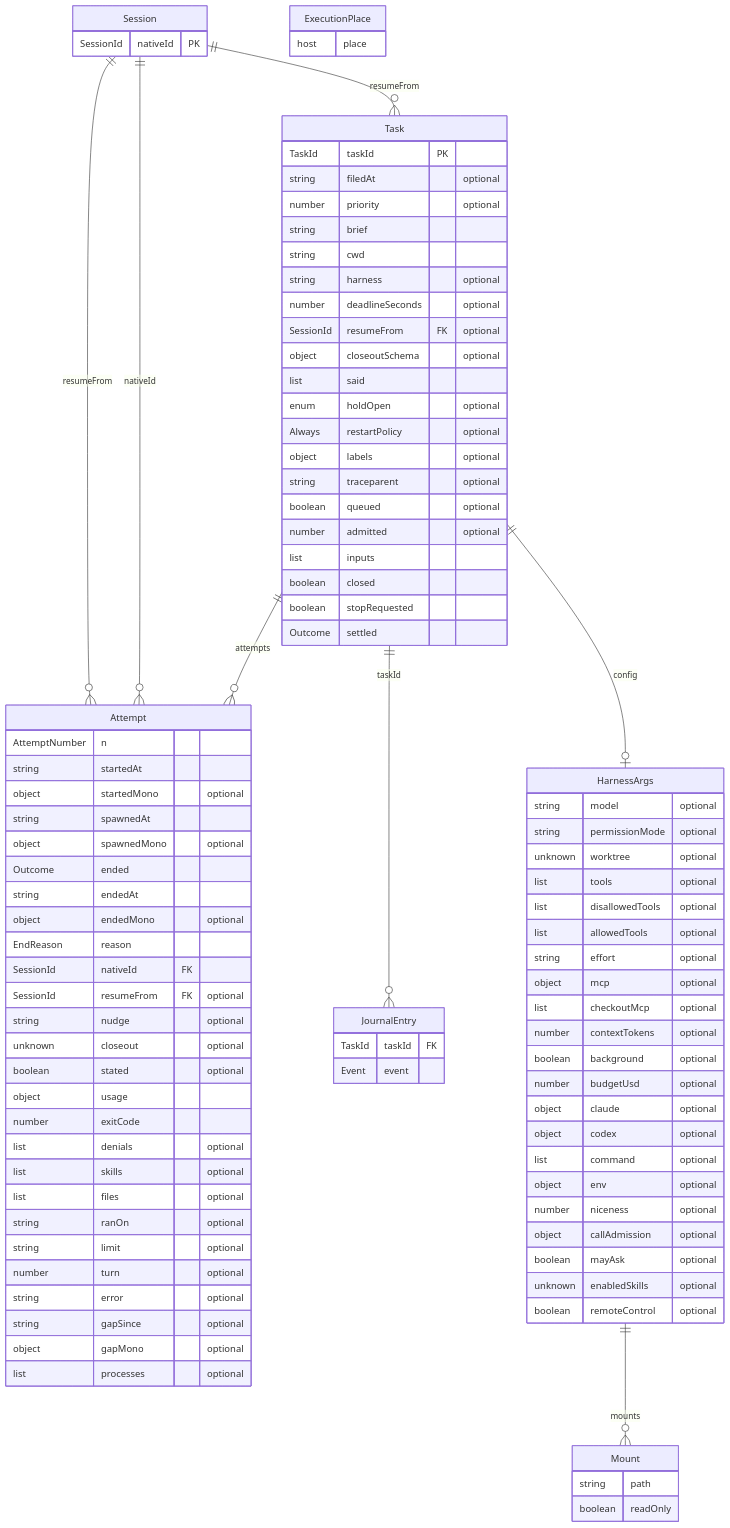
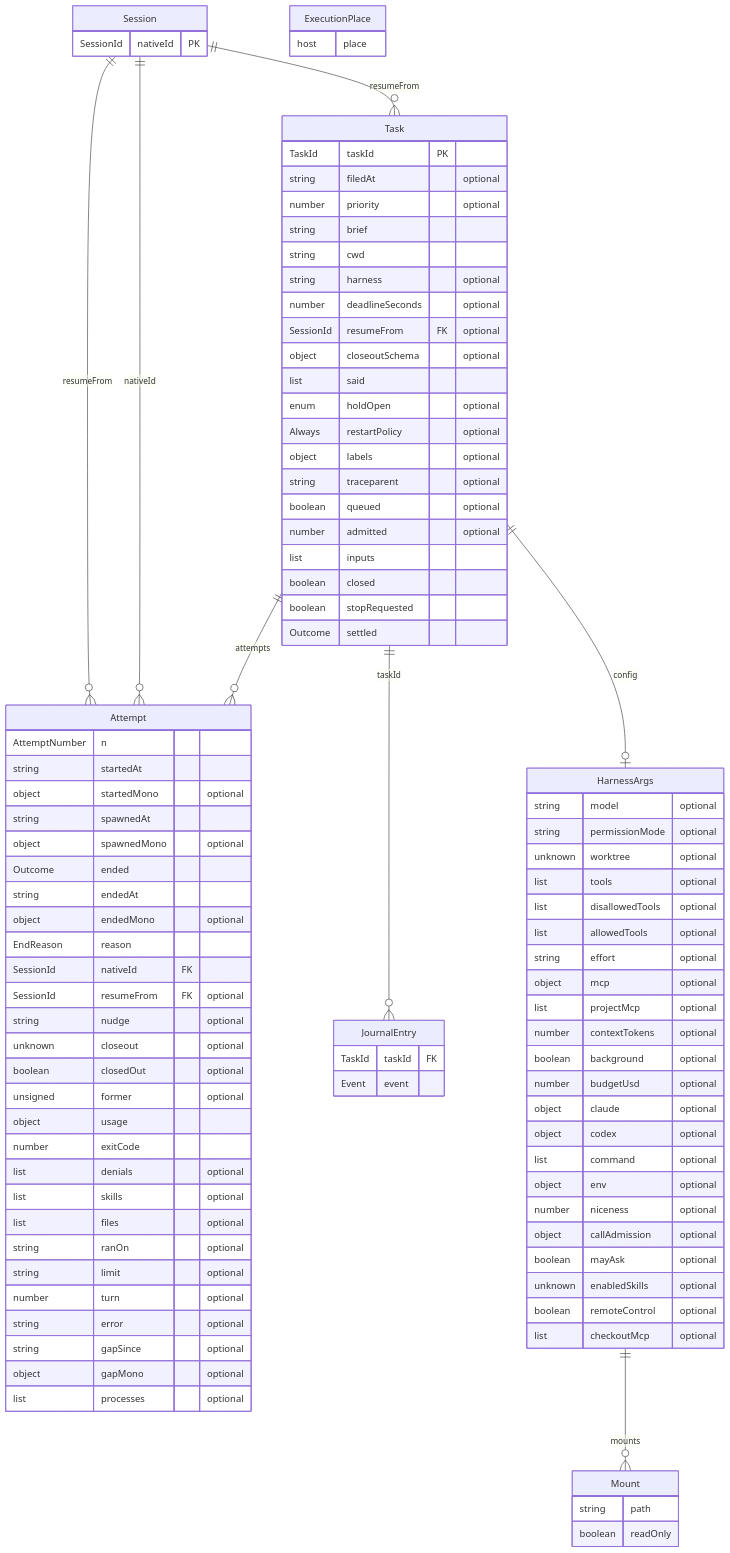
The diagram in packages/agent-runtime/docs/model.md (emyann/nemia), drawn with Mermaid before and after one commit. The commit also changed 3 other files, not shown here.

Commit message:
Follow the base's renames in the models: closedOut and former on an attempt, MissedStart in the inbox

```diff
--- a/packages/agent-runtime/docs/model.md
+++ b/packages/agent-runtime/docs/model.md
@@ -54,7 +54,8 @@
     SessionId resumeFrom FK "optional"
     string nudge "optional"
     unknown closeout "optional"
-    boolean stated "optional"
+    boolean closedOut "optional"
+    unsigned former "optional"
     object usage
     number exitCode
     list denials "optional"
@@ -84,7 +85,7 @@
     list allowedTools "optional"
     string effort "optional"
     object mcp "optional"
-    list checkoutMcp "optional"
+    list projectMcp "optional"
     number contextTokens "optional"
     boolean background "optional"
     number budgetUsd "optional"
@@ -97,6 +98,7 @@
     boolean mayAsk "optional"
     unknown enabledSkills "optional"
     boolean remoteControl "optional"
+    list checkoutMcp "optional"
   }
   Mount {
     string path
```
